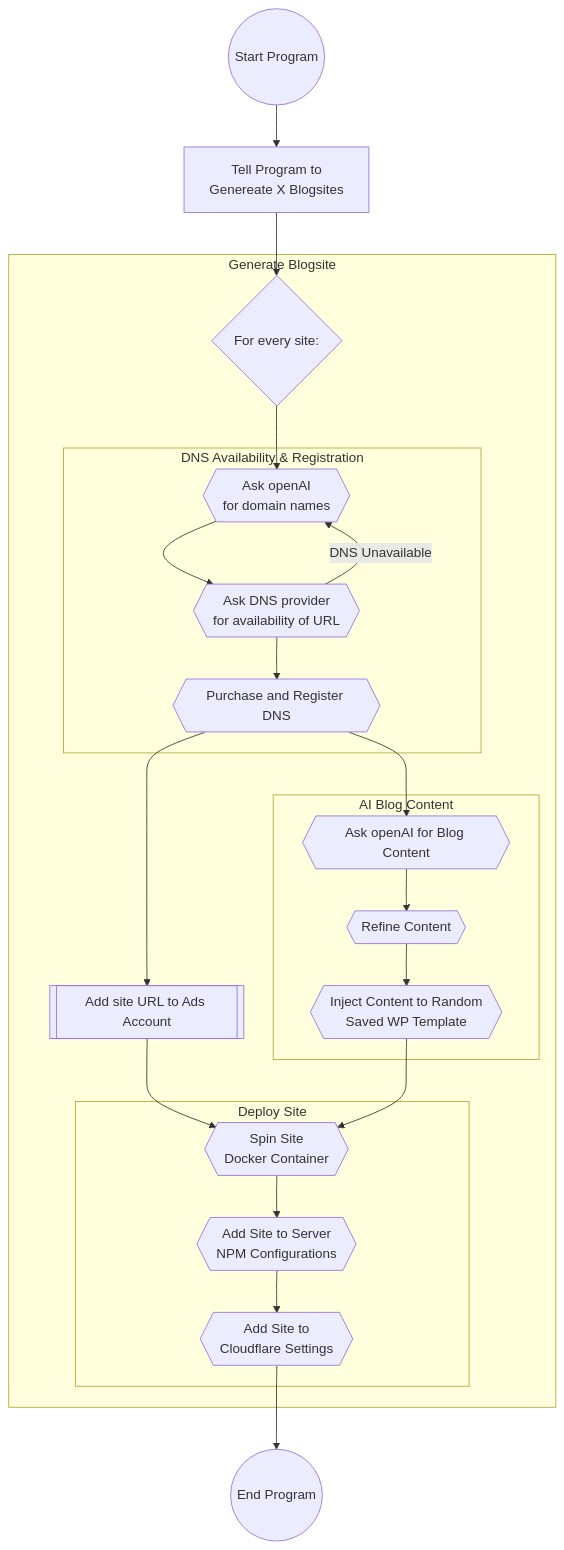
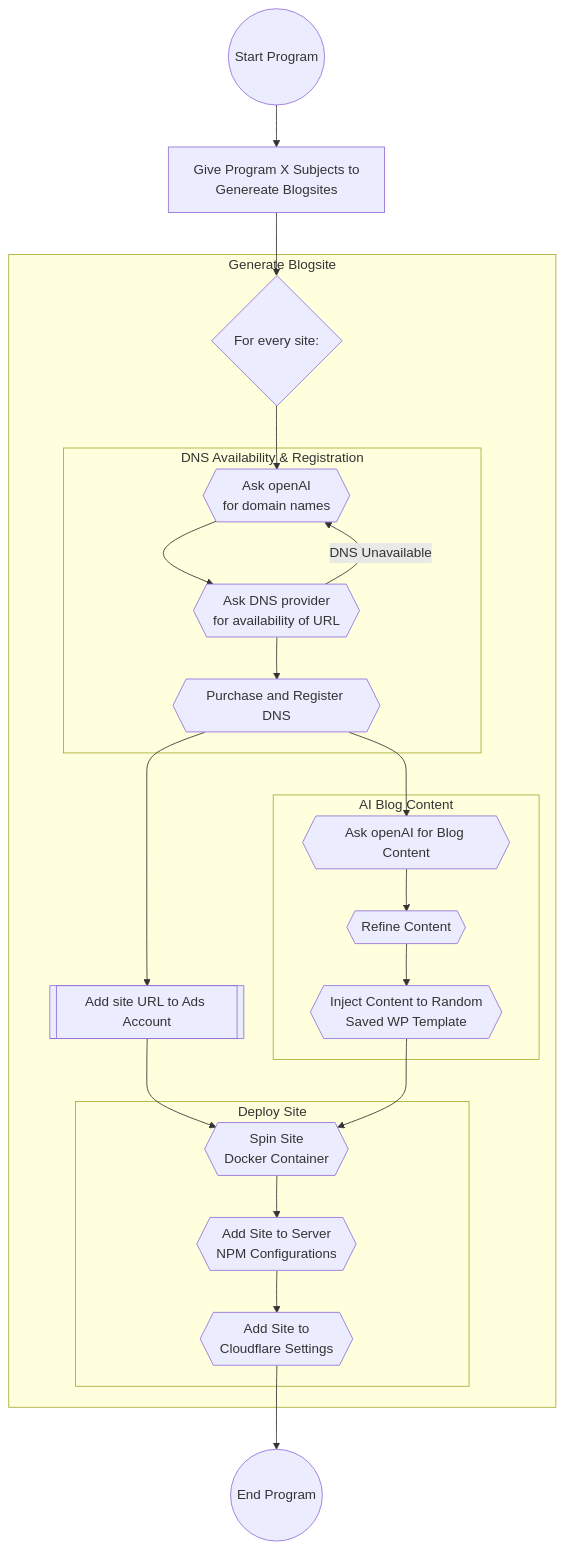
Before and after one commit to idea404/blogsmaker: the diagram in README.md, drawn with Mermaid.

Commit message:
adjust input

````diff
--- a/README.md
+++ b/README.md
@@ -7,21 +7,21 @@
 ```mermaid
 graph TB
-A((Start Program)) --> B[Tell Program to \nGenereate X Blogsites]
+A((Start Program)) --> B[Give Program X Subjects to \nGenereate Blogsites]
 B --> C{For every site:}
 subgraph Generate Blogsite
   C --> D{{Ask openAI \n for domain names}}
   subgraph DNS Availability & Registration
     D --> E{{Ask DNS provider \n for availability of URL}}
     E -- DNS Unavailable --> D
     E --> F{{Purchase and Register DNS}}
   end
   subgraph AI Blog Content
     F --> G{{Ask openAI for Blog Content}} --> I{{Refine Content}} --> J{{Inject Content to Random \n Saved WP Template}}
   end
   F --> H[[Add site URL to Ads Account]] --> K
   subgraph Deploy Site
     J --> K{{Spin Site \n Docker Container}} --> L{{Add Site to Server \n NPM Configurations}} --> M{{Add Site to \n Cloudflare Settings}}
   end
 end
 M --> N((End Program))
 ```
````
